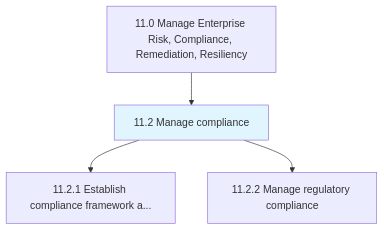
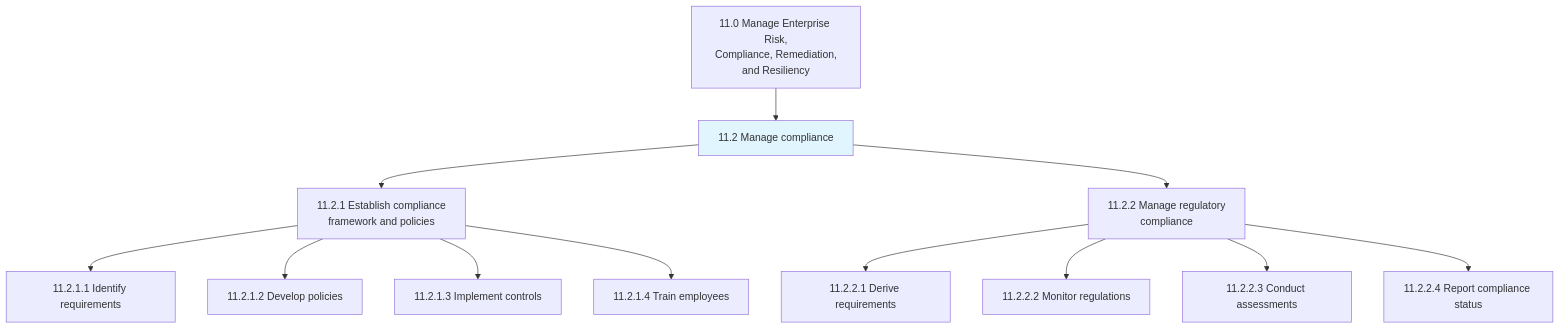
One commit to kziemski/business.org.ai changed the first of 3 diagrams in processes/11-Risk/11.2-ManageCompliance/index.mdx. Above: the diagram before and after it, drawn with Mermaid. The commit also changed other lines of this file and 885 other files, not shown here.

````diff
--- a/processes/11-Risk/11.2-ManageCompliance/index.mdx
+++ b/processes/11-Risk/11.2-ManageCompliance/index.mdx
@@ -25,8 +25,19 @@
 ```mermaid
 graph TD
-    C11["11.0 Manage Enterprise Risk, Compliance, Remediation, Resiliency"]
-    C11 --> N11_2["11.2 Manage compliance"]
-    style N11_2 fill:#e1f5fe
-    N11_2 --> N11_2_1["11.2.1 Establish compliance framework a..."]
-    N11_2 --> N11_2_2["11.2.2 Manage regulatory compliance"]
+    C11["11.0 Manage Enterprise Risk,<br/>Compliance, Remediation,<br/>and Resiliency"] --> G112["11.2 Manage compliance"]
+
+    G112 --> P1121["11.2.1 Establish compliance<br/>framework and policies"]
+    G112 --> P1122["11.2.2 Manage regulatory<br/>compliance"]
+
+    P1121 --> A11211["11.2.1.1 Identify requirements"]
+    P1121 --> A11212["11.2.1.2 Develop policies"]
+    P1121 --> A11213["11.2.1.3 Implement controls"]
+    P1121 --> A11214["11.2.1.4 Train employees"]
+
+    P1122 --> A11221["11.2.2.1 Derive requirements"]
+    P1122 --> A11222["11.2.2.2 Monitor regulations"]
+    P1122 --> A11223["11.2.2.3 Conduct assessments"]
+    P1122 --> A11224["11.2.2.4 Report compliance status"]
+
+    style G112 fill:#e1f5fe
 ```
````
